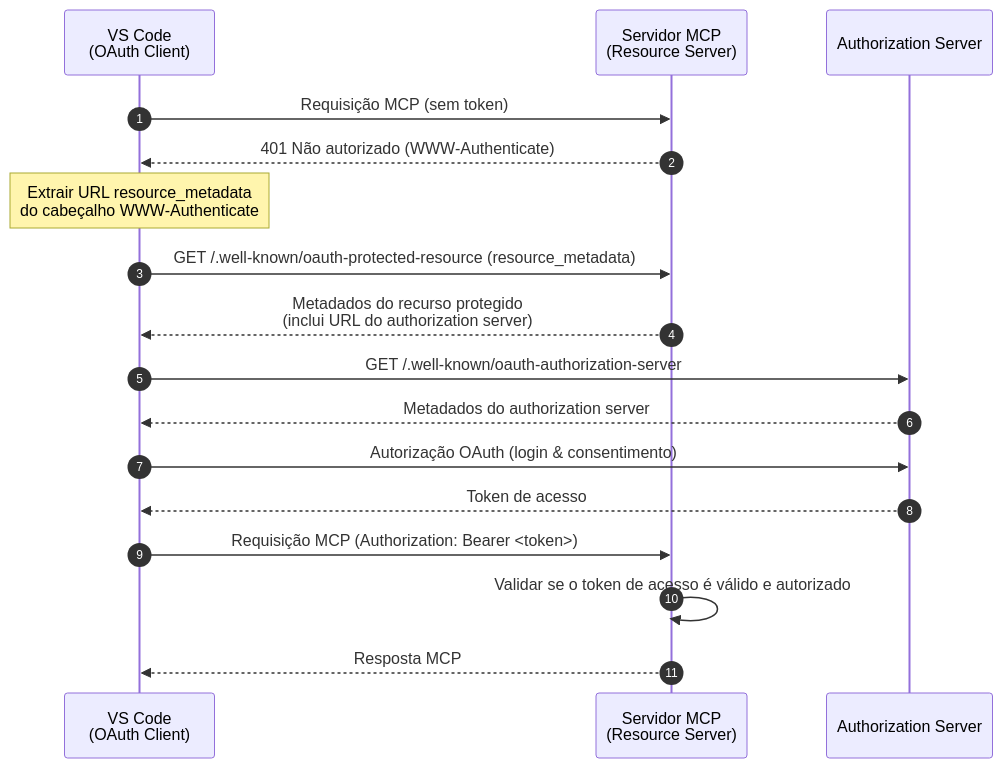
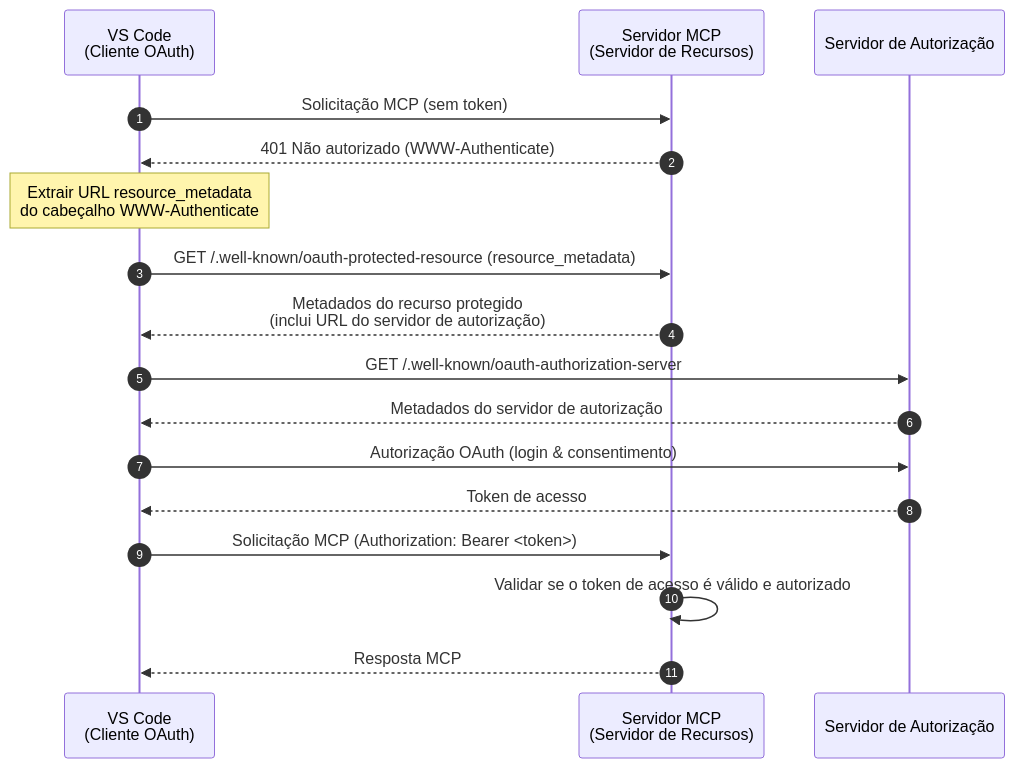
One commit to mcp-auth/docs changed the first of 2 diagrams in i18n/pt-BR/docusaurus-plugin-content-docs/current/tutorials/todo-manager/README.mdx. Above: the diagram before and after it, drawn with Mermaid. The commit also changed other lines of this file and 9 other files, not shown here.

````diff
--- a/i18n/pt-BR/docusaurus-plugin-content-docs/current/tutorials/todo-manager/README.mdx
+++ b/i18n/pt-BR/docusaurus-plugin-content-docs/current/tutorials/todo-manager/README.mdx
@@ -40,23 +40,23 @@
 ```mermaid
 sequenceDiagram
   autonumber
-  participant Client as VS Code<br/>(OAuth Client)
-  participant RS as Servidor MCP<br/>(Resource Server)
-  participant AS as Authorization Server
+  participant Client as VS Code<br/>(Cliente OAuth)
+  participant RS as Servidor MCP<br/>(Servidor de Recursos)
+  participant AS as Servidor de Autorização
 
-  Client->>RS: Requisição MCP (sem token)
+  Client->>RS: Solicitação MCP (sem token)
   RS-->>Client: 401 Não autorizado (WWW-Authenticate)
   Note over Client: Extrair URL resource_metadata<br/>do cabeçalho WWW-Authenticate
 
   Client->>RS: GET /.well-known/oauth-protected-resource (resource_metadata)
-  RS-->>Client: Metadados do recurso protegido<br/>(inclui URL do authorization server)
+  RS-->>Client: Metadados do recurso protegido<br/>(inclui URL do servidor de autorização)
 
   Client->>AS: GET /.well-known/oauth-authorization-server
-  AS-->>Client: Metadados do authorization server
+  AS-->>Client: Metadados do servidor de autorização
   Client->>AS: Autorização OAuth (login & consentimento)
   AS-->>Client: Token de acesso
 
-  Client->>RS: Requisição MCP (Authorization: Bearer <token>)
+  Client->>RS: Solicitação MCP (Authorization: Bearer <token>)
   RS->>RS: Validar se o token de acesso é válido e autorizado
   RS-->>Client: Resposta MCP
 ```
````
